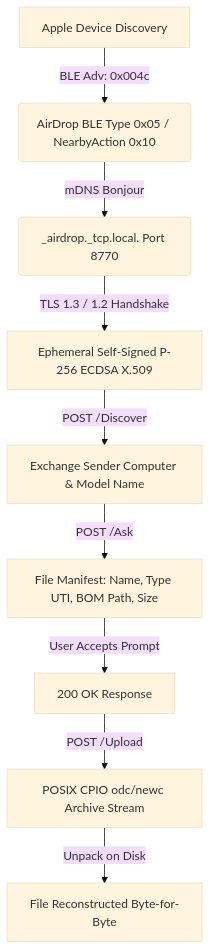
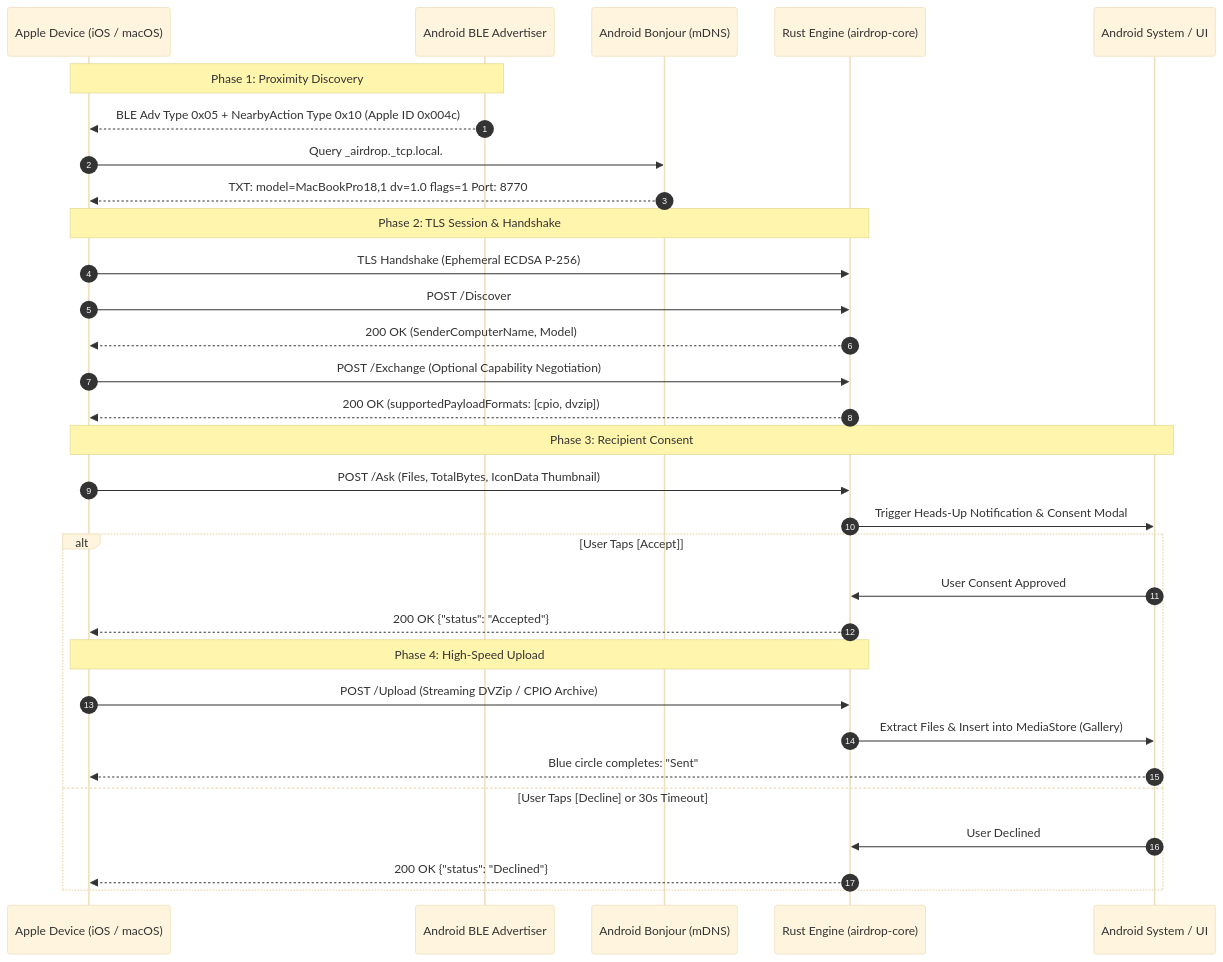
Before and after one commit to Hritish-Narayanan/Airdrop-Reverse-Engineering: the diagram in README.md, drawn with Mermaid (base theme). The commit also changed other lines of this file and 4 other files, not shown here.

Commit message:
docs: overhaul README with architecture breakthrough, hardware evidence, and benchmarks

````diff
--- a/README.md
+++ b/README.md
@@ -13,11 +83,36 @@
 ```mermaid
-graph TD
-    A[Apple Device Discovery] -->|BLE Adv: 0x004c| B(AirDrop BLE Type 0x05 / NearbyAction 0x10)
-    B -->|mDNS Bonjour| C(_airdrop._tcp.local. Port 8770)
-    C -->|TLS 1.3 / 1.2 Handshake| D[Ephemeral Self-Signed P-256 ECDSA X.509]
-    D -->|POST /Discover| E[Exchange Sender Computer & Model Name]
-    E -->|POST /Ask| F[File Manifest: Name, Type UTI, BOM Path, Size]
-    F -->|User Accepts Prompt| G[200 OK Response]
-    G -->|POST /Upload| H[POSIX CPIO odc/newc Archive Stream]
-    H -->|Unpack on Disk| I[File Reconstructed Byte-for-Byte]
+sequenceDiagram
+    autonumber
+    participant Apple as Apple Device (iOS / macOS)
+    participant BLE as Android BLE Advertiser
+    participant mDNS as Android Bonjour (mDNS)
+    participant Core as Rust Engine (airdrop-core)
+    participant Android as Android System / UI
+
+    Note over Apple,BLE: Phase 1: Proximity Discovery
+    BLE-->>Apple: BLE Adv Type 0x05 + NearbyAction Type 0x10 (Apple ID 0x004c)
+    Apple->>mDNS: Query _airdrop._tcp.local.
+    mDNS-->>Apple: TXT: model=MacBookPro18,1 dv=1.0 flags=1 Port: 8770
+
+    Note over Apple,Core: Phase 2: TLS Session & Handshake
+    Apple->>Core: TLS Handshake (Ephemeral ECDSA P-256)
+    Apple->>Core: POST /Discover
+    Core-->>Apple: 200 OK (SenderComputerName, Model)
+    Apple->>Core: POST /Exchange (Optional Capability Negotiation)
+    Core-->>Apple: 200 OK (supportedPayloadFormats: [cpio, dvzip])
+
+    Note over Apple,Android: Phase 3: Recipient Consent
+    Apple->>Core: POST /Ask (Files, TotalBytes, IconData Thumbnail)
+    Core->>Android: Trigger Heads-Up Notification & Consent Modal
+    alt User Taps [Accept]
+        Android->>Core: User Consent Approved
+        Core-->>Apple: 200 OK {"status": "Accepted"}
+        Note over Apple,Core: Phase 4: High-Speed Upload
+        Apple->>Core: POST /Upload (Streaming DVZip / CPIO Archive)
+        Core->>Android: Extract Files & Insert into MediaStore (Gallery)
+        Android-->>Apple: Blue circle completes: "Sent"
+    else User Taps [Decline] or 30s Timeout
+        Android->>Core: User Declined
+        Core-->>Apple: 200 OK {"status": "Declined"}
+    end
 ```
````
